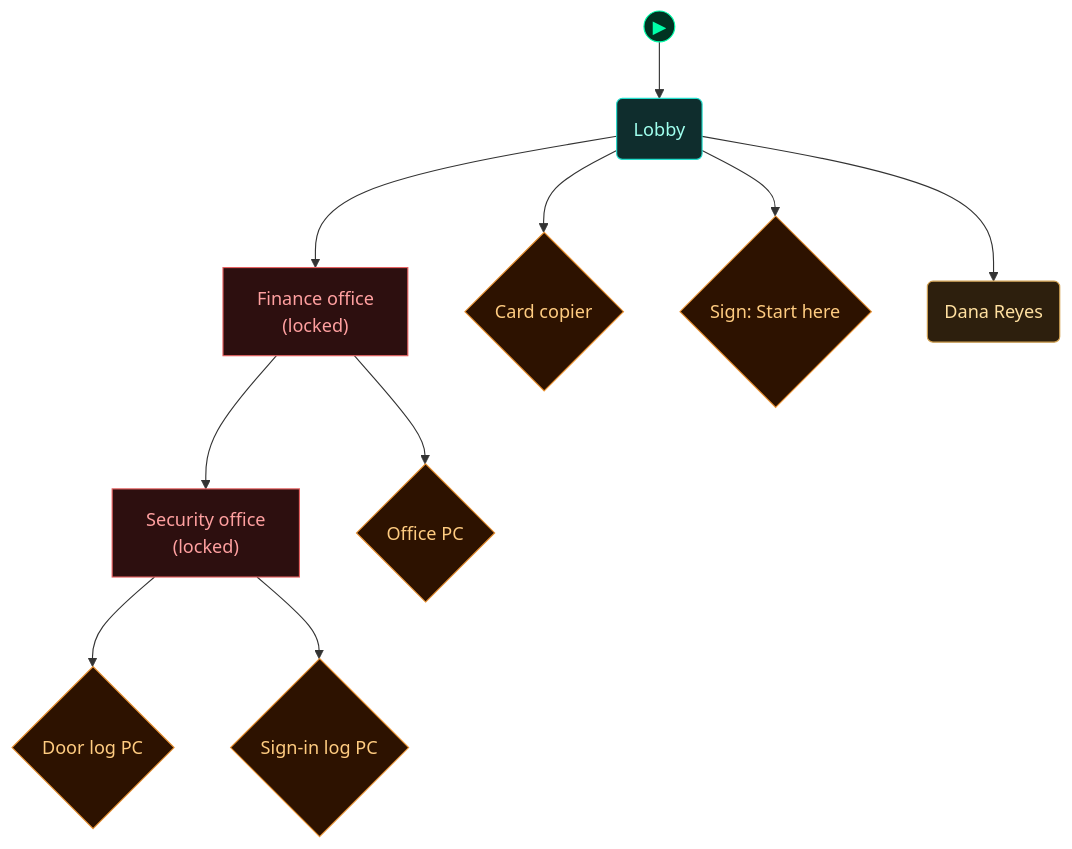
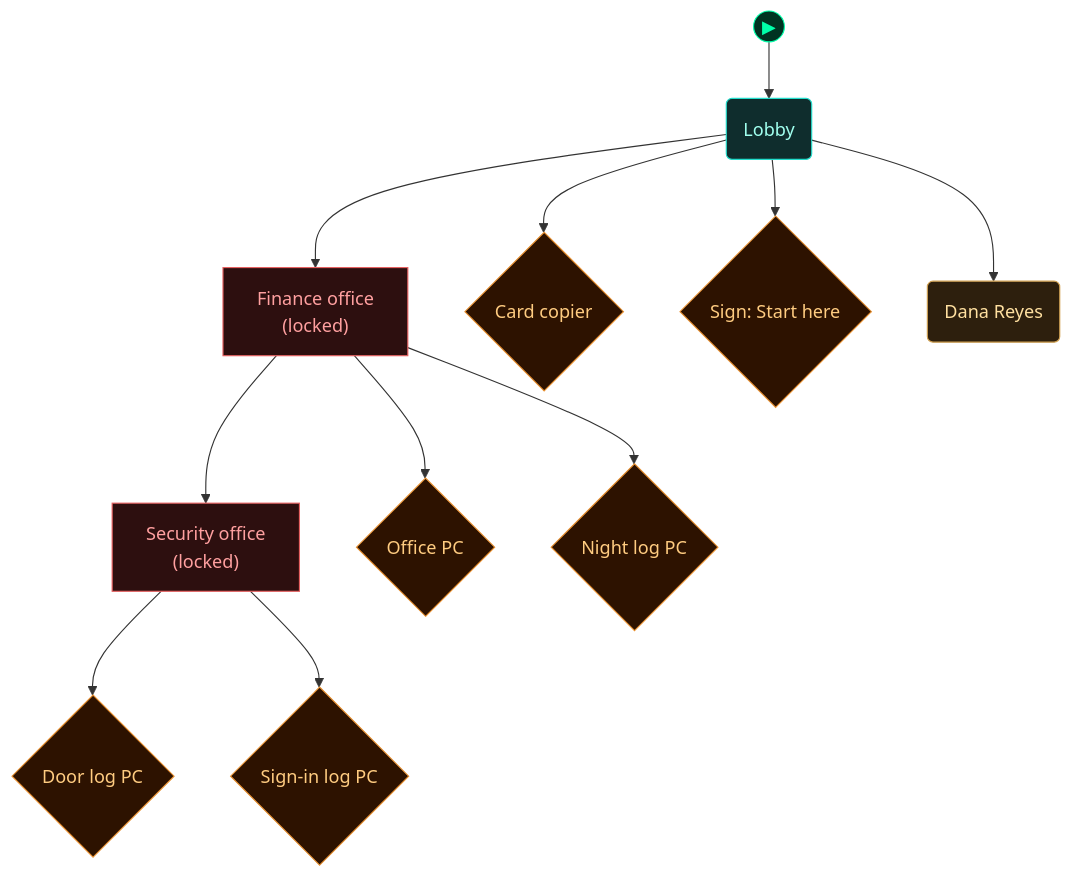
Before and after one commit to cliffe/BreakEscape: the fifth of 5 diagrams in scenarios/test_ops_logs/dungeon_graph.md, drawn with Mermaid. The commit also changed other lines of this file and 10 other files, not shown here.

Commit message:
Ops log L2b: night log in test_ops_logs (seed rows, a seeded anomaly), PLAYTEST beats 14 to 19, leak-check rules for the anomaly and the flag (with R4-1 and R4-2), scenario and scanner tests, docs (A24 seed rows and anomalies), regenerated graph

````diff
--- a/scenarios/test_ops_logs/dungeon_graph.md
+++ b/scenarios/test_ops_logs/dungeon_graph.md
@@ -218,46 +251,49 @@
 ```mermaid
 flowchart TD
 
   classDef room      fill:#0f2d2d,stroke:#22ddcc,color:#a0ffee
   classDef lock      fill:#2d0f0f,stroke:#e66060,color:#ffa0a0
   classDef key       fill:#2d0812,stroke:#e66060,color:#ffa0a0
   classDef item      fill:#2d1200,stroke:#e89030,color:#ffcc80
   classDef gate      fill:#111,stroke:#666,color:#eee
   classDef vm        fill:#0c1f40,stroke:#4a90d9,color:#a0c8ff
   classDef flag      fill:#1a0c2d,stroke:#9060d0,color:#cc99ff
   classDef action    fill:#1a1200,stroke:#cc9922,color:#ffee88
   classDef aim       fill:#0d2a0d,stroke:#44cc44,color:#88ff88
   classDef aim_gate  fill:#111111,stroke:#44cc44,color:#44cc44
   classDef container fill:#1a2d1a,stroke:#60b060,color:#a0e0a0
   classDef npc       fill:#2d1f0d,stroke:#d0a050,color:#ffe0a0
+  classDef note      fill:#161a2d,stroke:#7788bb,color:#c0c8ee
   classDef critical  fill:#2a1500,stroke:#ffaa00,color:#ffdd88
   classDef start     fill:#003322,stroke:#00ffaa,color:#00ffaa
 
   node_start(("▶"))
   node_start --> lobby
 
   lobby("Lobby")
   office["Finance office<br/>(locked)"]
   security["Security office<br/>(locked)"]
   rc_card_copier_1{"Card copier"}
   rc_sign_lobby_2{"Sign: Start here"}
   rc_npc_dana_reyes_3("Dana Reyes")
   rc_office_pc_4{"Office PC"}
-  rc_door_log_pc_5{"Door log PC"}
-  rc_signin_log_pc_6{"Sign-in log PC"}
+  rc_night_log_pc_5{"Night log PC"}
+  rc_door_log_pc_6{"Door log PC"}
+  rc_signin_log_pc_7{"Sign-in log PC"}
 
   lobby --> office
   office --> security
   lobby --> rc_card_copier_1
   lobby --> rc_sign_lobby_2
   lobby --> rc_npc_dana_reyes_3
   office --> rc_office_pc_4
-  security --> rc_door_log_pc_5
-  security --> rc_signin_log_pc_6
+  office --> rc_night_log_pc_5
+  security --> rc_door_log_pc_6
+  security --> rc_signin_log_pc_7
 
   class lobby room
   class office,security lock
-  class rc_card_copier_1,rc_sign_lobby_2,rc_office_pc_4,rc_door_log_pc_5,rc_signin_log_pc_6 item
+  class rc_card_copier_1,rc_sign_lobby_2,rc_office_pc_4,rc_night_log_pc_5,rc_door_log_pc_6,rc_signin_log_pc_7 item
   class rc_npc_dana_reyes_3 npc
   class node_start start
 ```
````
